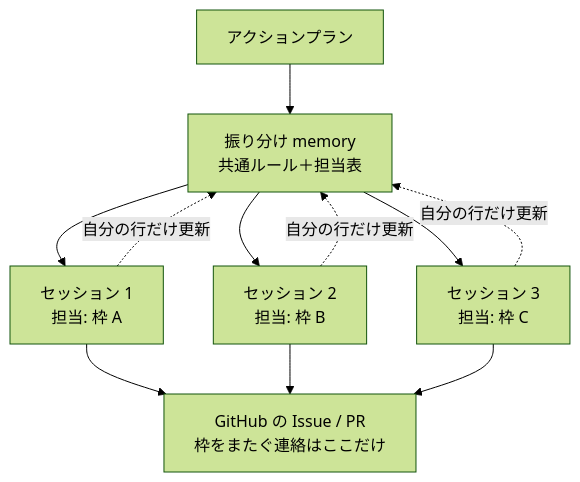
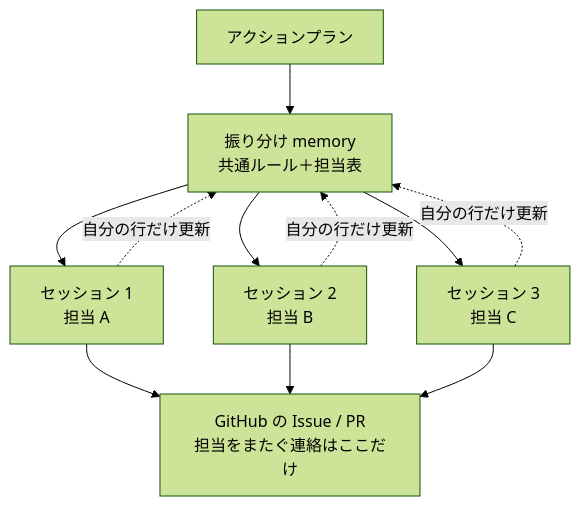
One commit to phantom-suzuki/dotfiles changed the diagram in private_dot_claude/skills/session-dispatch/SKILL.md. Above: the diagram before and after it, drawn with Mermaid (forest theme). The commit also changed other lines of this file and 27 other files, not shown here.

````diff
--- a/private_dot_claude/skills/session-dispatch/SKILL.md
+++ b/private_dot_claude/skills/session-dispatch/SKILL.md
@@ -13,13 +13,13 @@
 ```mermaid
 graph TD
   P[アクションプラン] --> D[振り分け memory<br/>共通ルール＋担当表]
-  D --> S1[セッション 1<br/>担当: 枠 A]
-  D --> S2[セッション 2<br/>担当: 枠 B]
-  D --> S3[セッション 3<br/>担当: 枠 C]
+  D --> S1[セッション 1<br/>担当 A]
+  D --> S2[セッション 2<br/>担当 B]
+  D --> S3[セッション 3<br/>担当 C]
   S1 -.自分の行だけ更新.-> D
   S2 -.自分の行だけ更新.-> D
   S3 -.自分の行だけ更新.-> D
-  S1 --> G[GitHub の Issue / PR<br/>枠をまたぐ連絡はここだけ]
+  S1 --> G[GitHub の Issue / PR<br/>担当をまたぐ連絡はここだけ]
   S2 --> G
   S3 --> G
 ```
````
